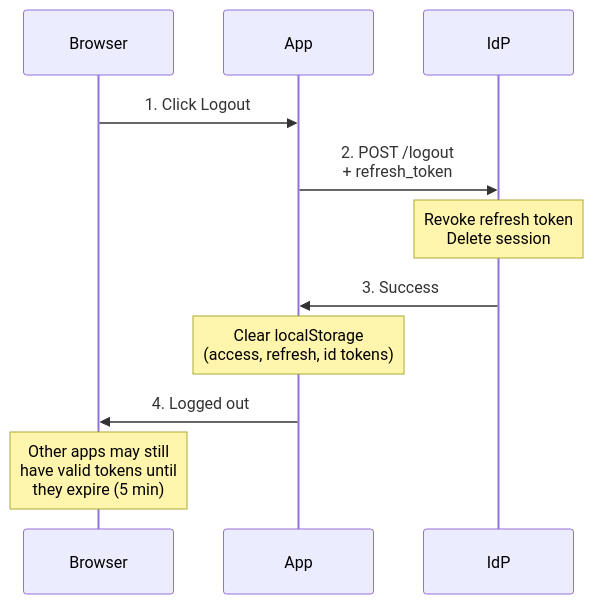
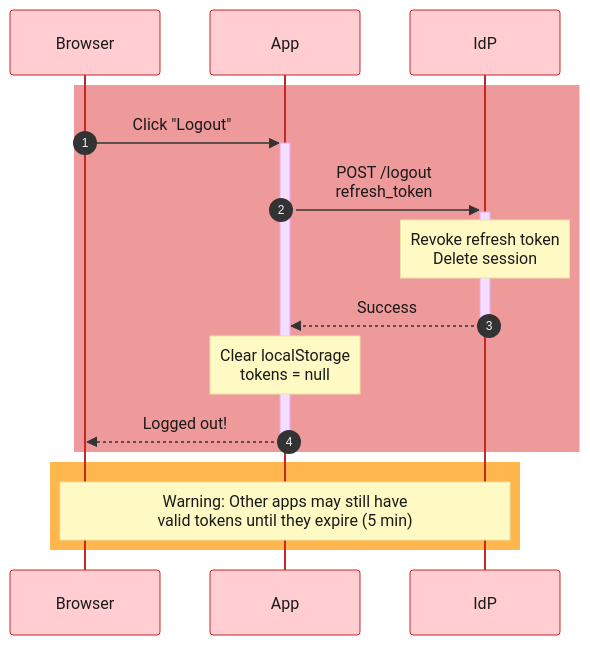
Before and after one commit to ioannis-psomadelis/sso-app: the seventh of 10 diagrams in docs/diagrams/DIAGRAMS_MERMAID.md, drawn with Mermaid. The commit also changed other lines of this file, not shown here.

First line of the commit message:
Improve Mermaid diagrams readability

````diff
--- a/docs/diagrams/DIAGRAMS_MERMAID.md
+++ b/docs/diagrams/DIAGRAMS_MERMAID.md
@@ -183,19 +268,26 @@
 ```mermaid
+%%{init: {'theme': 'base', 'themeVariables': { 'actorTextColor': '#1a1a1a', 'signalTextColor': '#1a1a1a', 'noteTextColor': '#1a1a1a', 'noteBkgColor': '#fff9c4', 'actorBkg': '#ffcdd2', 'actorBorder': '#c62828' }}}%%
 sequenceDiagram
+    autonumber
+
     participant U as Browser
     participant A as App
     participant IDP as IdP
 
-    U->>A: 1. Click Logout
-    A->>IDP: 2. POST /logout<br/>+ refresh_token
+    rect rgb(239, 154, 154)
+        U->>+A: Click "Logout"
+        A->>+IDP: POST /logout<br/>refresh_token
 
-    Note over IDP: Revoke refresh token<br/>Delete session
+        Note over IDP: Revoke refresh token<br/>Delete session
 
-    IDP->>A: 3. Success
+        IDP-->>-A: Success
 
-    Note over A: Clear localStorage<br/>(access, refresh, id tokens)
+        Note over A: Clear localStorage<br/>tokens = null
 
-    A->>U: 4. Logged out
+        A-->>-U: Logged out!
+    end
 
-    Note over U: Other apps may still<br/>have valid tokens until<br/>they expire (5 min)
+    rect rgb(255, 183, 77)
+        Note over U,IDP: Warning: Other apps may still have<br/>valid tokens until they expire (5 min)
+    end
 ```
````
